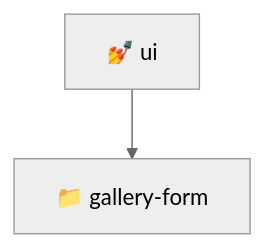
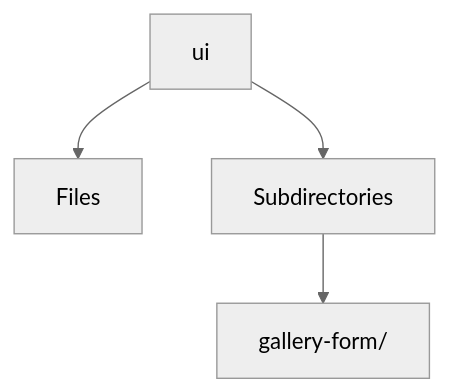
The diagram in frontend/src/pages/gallery/ui/README.md (beginwebdev2002/fullstack-mavluda), drawn with Mermaid (neutral theme) before and after one commit. The commit also changed other lines of this file and 167 other files, not shown here.

````diff
--- a/frontend/src/pages/gallery/ui/README.md
+++ b/frontend/src/pages/gallery/ui/README.md
@@ -11,5 +14,6 @@
 ```mermaid
 graph TD
-  ui["💅 ui"]
-  ui --> gallery_form["📁 gallery-form"]
+  ui --> Files
+  ui --> Subdirectories
+  Subdirectories --> gallery_form[gallery-form/]
 ```
````
